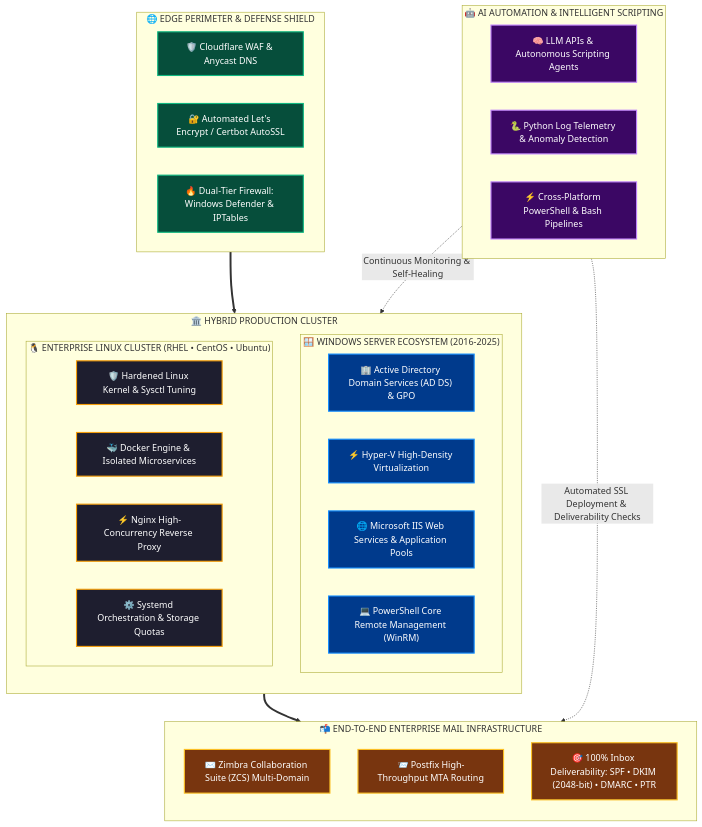
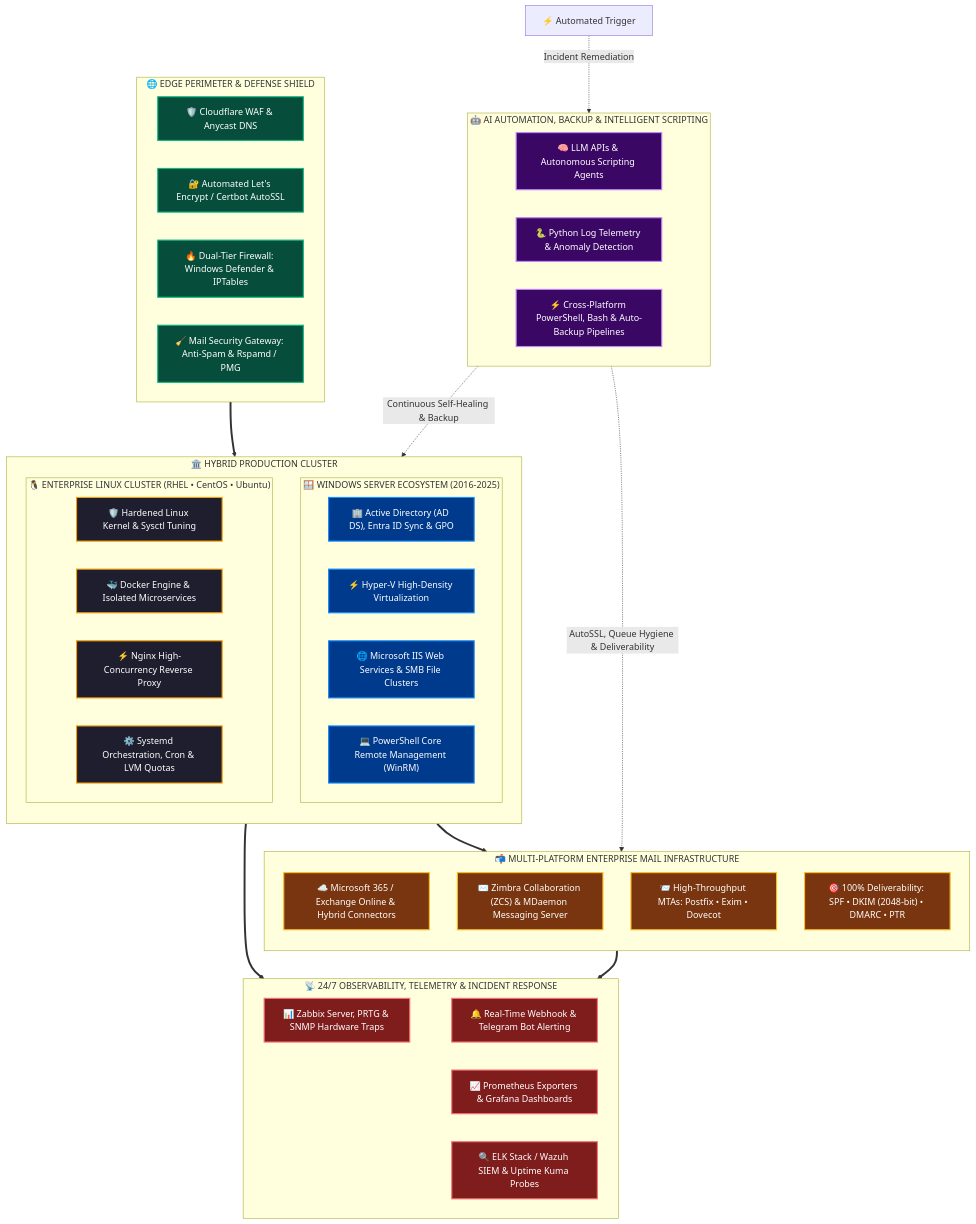
The first of 2 diagrams in README.md (0xAndyNew/0xAndyNew), drawn with Mermaid before and after one commit. The commit also changed other lines of this file, not shown here.

````diff
--- a/README.md
+++ b/README.md
@@ -36,57 +37,73 @@
 ```mermaid
 flowchart TB
     subgraph PERIMETER["🌐 EDGE PERIMETER & DEFENSE SHIELD"]
         direction LR
         CF["🛡️ Cloudflare WAF & Anycast DNS"]
         SSL["🔐 Automated Let's Encrypt / Certbot AutoSSL"]
         FW["🔥 Dual-Tier Firewall: Windows Defender & IPTables"]
+        SPAM_GW["🧹 Mail Security Gateway: Anti-Spam & Rspamd / PMG"]
     end
 
     subgraph INFRA["🏛️ HYBRID PRODUCTION CLUSTER"]
         direction TB
         subgraph WIN["🪟 WINDOWS SERVER ECOSYSTEM (2016-2025)"]
-            AD["🏢 Active Directory Domain Services (AD DS) & GPO"]
+            AD["🏢 Active Directory (AD DS), Entra ID Sync & GPO"]
             HV["⚡ Hyper-V High-Density Virtualization"]
-            IIS["🌐 Microsoft IIS Web Services & Application Pools"]
+            IIS["🌐 Microsoft IIS Web Services & SMB File Clusters"]
             PS_ADMIN["💻 PowerShell Core Remote Management (WinRM)"]
         end
 
         subgraph LNX["🐧 ENTERPRISE LINUX CLUSTER (RHEL • CentOS • Ubuntu)"]
             OS["🛡️ Hardened Linux Kernel & Sysctl Tuning"]
             DOCKER["🐳 Docker Engine & Isolated Microservices"]
             NGINX["⚡ Nginx High-Concurrency Reverse Proxy"]
-            SYS["⚙️ Systemd Orchestration & Storage Quotas"]
+            SYS["⚙️ Systemd Orchestration, Cron & LVM Quotas"]
         end
     end
 
-    subgraph MAIL_STACK["📬 END-TO-END ENTERPRISE MAIL INFRASTRUCTURE"]
+    subgraph MAIL_STACK["📬 MULTI-PLATFORM ENTERPRISE MAIL INFRASTRUCTURE"]
         direction TB
-        ZIMBRA["✉️ Zimbra Collaboration Suite (ZCS) Multi-Domain"]
-        POSTFIX["📨 Postfix High-Throughput MTA Routing"]
-        DELIVER["🎯 100% Inbox Deliverability: SPF • DKIM (2048-bit) • DMARC • PTR"]
+        M365["☁️ Microsoft 365 / Exchange Online & Hybrid Connectors"]
+        ZIMBRA_MD["✉️ Zimbra Collaboration (ZCS) & MDaemon Messaging Server"]
+        MTA_CORE["📨 High-Throughput MTAs: Postfix • Exim • Dovecot"]
+        DELIVER["🎯 100% Deliverability: SPF • DKIM (2048-bit) • DMARC • PTR"]
     end
 
-    subgraph AUTO_AI["🤖 AI AUTOMATION & INTELLIGENT SCRIPTING"]
+    subgraph MON_STACK["📡 24/7 OBSERVABILITY, TELEMETRY & INCIDENT RESPONSE"]
+        direction LR
+        ZABBIX["📊 Zabbix Server, PRTG & SNMP Hardware Traps"]
+        PROM_GRAF["📈 Prometheus Exporters & Grafana Dashboards"]
+        LOG_SIEM["🔍 ELK Stack / Wazuh SIEM & Uptime Kuma Probes"]
+        ALERT_BOT["🔔 Real-Time Webhook & Telegram Bot Alerting"]
+    end
+
+    subgraph AUTO_AI["🤖 AI AUTOMATION, BACKUP & INTELLIGENT SCRIPTING"]
         direction LR
         AI_AGENT["🧠 LLM APIs & Autonomous Scripting Agents"]
         PY_ENG["🐍 Python Log Telemetry & Anomaly Detection"]
-        SCRIPTS["⚡ Cross-Platform PowerShell & Bash Pipelines"]
+        SCRIPTS["⚡ Cross-Platform PowerShell, Bash & Auto-Backup Pipelines"]
     end
 
     PERIMETER ==> INFRA
     INFRA ==> MAIL_STACK
-    AUTO_AI -.->|Continuous Monitoring & Self-Healing| INFRA
-    AUTO_AI -.->|Automated SSL Deployment & Deliverability Checks| MAIL_STACK
+    INFRA ==> MON_STACK
+    MAIL_STACK ==> MON_STACK
+    AUTO_AI -.->|Continuous Self-Healing & Backup| INFRA
+    AUTO_AI -.->|AutoSSL, Queue Hygiene & Deliverability| MAIL_STACK
+    MON_AI_LINK["⚡ Automated Trigger"] -.->|Incident Remediation| AUTO_AI
+    MON_STACK ==> ALERT_BOT
 
     classDef edgeStyle fill:#064e3b,stroke:#10b981,stroke-width:2px,color:#ffffff;
     classDef winStyle fill:#003a8c,stroke:#1890ff,stroke-width:2px,color:#ffffff;
     classDef lnxStyle fill:#1e1e2f,stroke:#f59e0b,stroke-width:2px,color:#ffffff;
     classDef mailStyle fill:#78350f,stroke:#fbbf24,stroke-width:2px,color:#ffffff;
+    classDef monStyle fill:#7f1d1d,stroke:#f87171,stroke-width:2px,color:#ffffff;
     classDef aiStyle fill:#3b0764,stroke:#c084fc,stroke-width:2px,color:#ffffff;
 
-    class CF,SSL,FW edgeStyle;
+    class CF,SSL,FW,SPAM_GW edgeStyle;
     class AD,HV,IIS,PS_ADMIN winStyle;
     class OS,DOCKER,NGINX,SYS lnxStyle;
-    class ZIMBRA,POSTFIX,DELIVER mailStyle;
+    class M365,ZIMBRA_MD,MTA_CORE,DELIVER mailStyle;
+    class ZABBIX,PROM_GRAF,LOG_SIEM,ALERT_BOT monStyle;
     class AI_AGENT,PY_ENG,SCRIPTS aiStyle;
 ```
````
